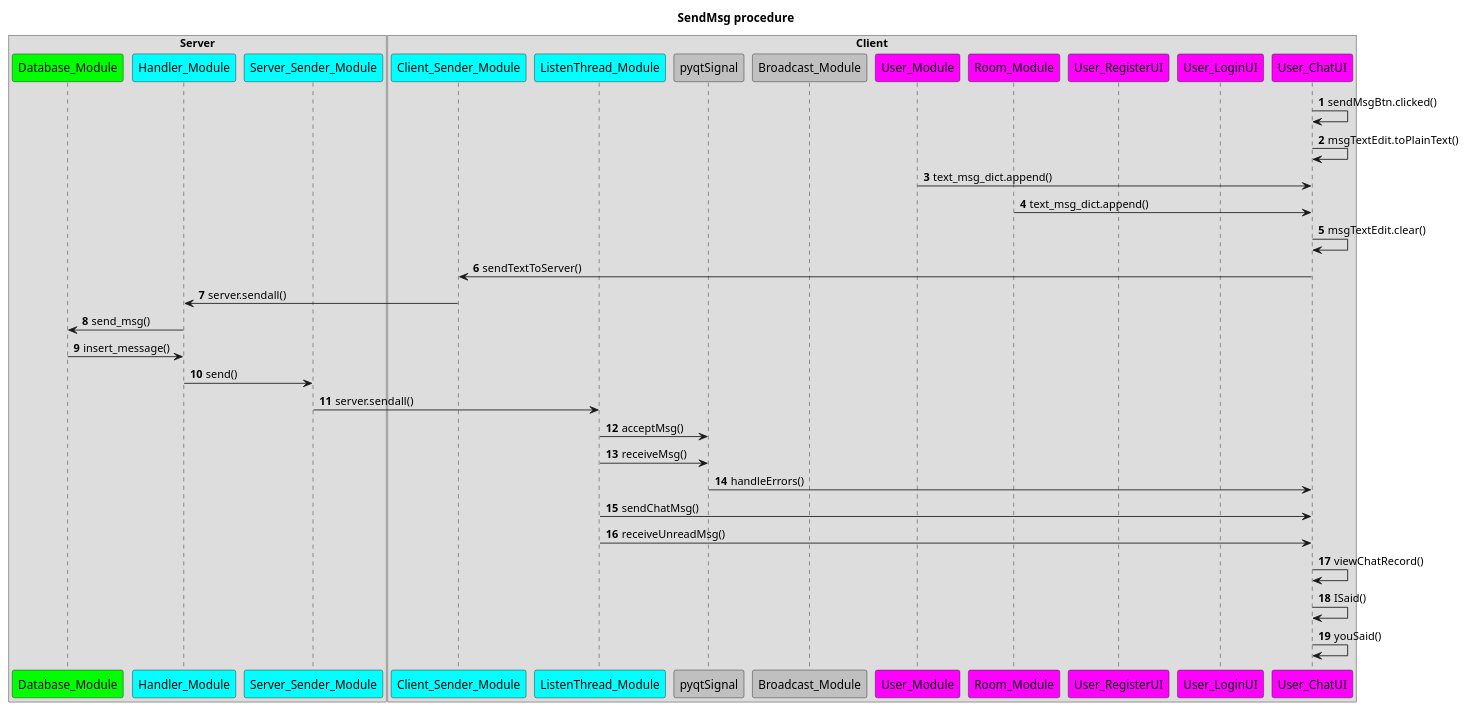
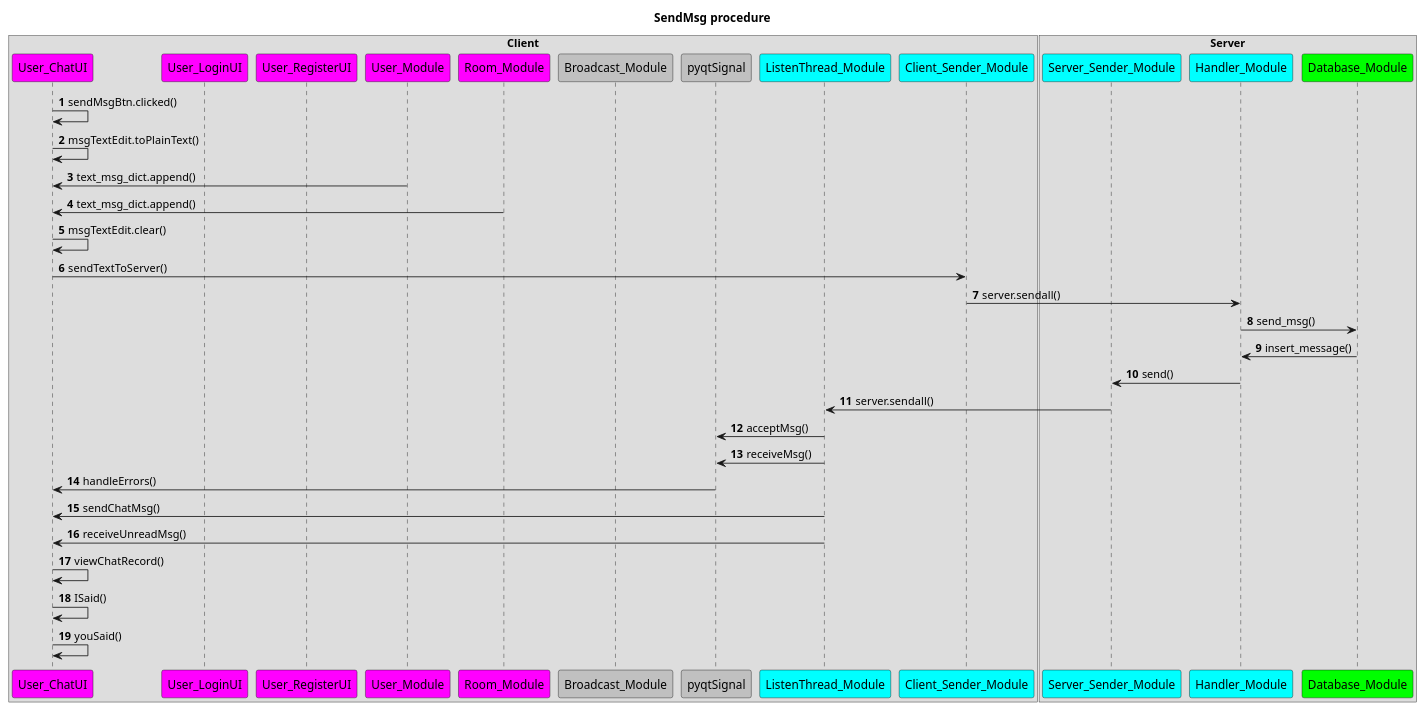
Before and after one commit to Jadeiin/KunKun: the diagram in docs/SendMsg.wsd, drawn with PlantUML. The commit also changed other lines of this file and 10 other files, not shown here.

Commit message:
Refactor participant order in UML diagrams for various workflows

```diff
--- a/docs/SendMsg.wsd
+++ b/docs/SendMsg.wsd
@@ -1,50 +1,50 @@
 @startuml
 title SendMsg procedure
 'author Jadeiin
 'version 1.0.0
 skinparam participant {
 	FontSize 14
 	handwritten true
 }
 
-box "Server"
-participant Database_Module #Lime
-participant Handler_Module #Cyan
-participant Server_Sender_Module #Cyan
-end box
 box "Client"
-participant Client_Sender_Module #Cyan
-participant ListenThread_Module #Cyan
-participant pyqtSignal #Silver
-participant Broadcast_Module #Silver
+participant User_ChatUI #Magenta
+participant User_LoginUI #Magenta
+participant User_RegisterUI #Magenta
 participant User_Module #Magenta
 participant Room_Module #Magenta
-participant User_RegisterUI #Magenta
-participant User_LoginUI #Magenta
-participant User_ChatUI #Magenta
+participant Broadcast_Module #Silver
+participant pyqtSignal #Silver
+participant ListenThread_Module #Cyan
+participant Client_Sender_Module #Cyan
+end box
+box "Server"
+participant Server_Sender_Module #Cyan
+participant Handler_Module #Cyan
+participant Database_Module #Lime
 end box
 
 autonumber
 User_ChatUI -> User_ChatUI : sendMsgBtn.clicked()
 User_ChatUI -> User_ChatUI : msgTextEdit.toPlainText()
 User_Module -> User_ChatUI : text_msg_dict.append()
 Room_Module -> User_ChatUI : text_msg_dict.append()
 User_ChatUI -> User_ChatUI : msgTextEdit.clear()
 User_ChatUI -> Client_Sender_Module : sendTextToServer()
 Client_Sender_Module -> Handler_Module : server.sendall()
 
 Handler_Module -> Database_Module : send_msg()
 Database_Module -> Handler_Module : insert_message()
 Handler_Module -> Server_Sender_Module : send()
 Server_Sender_Module -> ListenThread_Module : server.sendall()
 
 ListenThread_Module -> pyqtSignal : acceptMsg()
 ListenThread_Module -> pyqtSignal : receiveMsg()
 pyqtSignal -> User_ChatUI : handleErrors()
 ListenThread_Module -> User_ChatUI : sendChatMsg()
 ListenThread_Module -> User_ChatUI : receiveUnreadMsg()
 User_ChatUI -> User_ChatUI : viewChatRecord()
 User_ChatUI -> User_ChatUI : ISaid()
 User_ChatUI -> User_ChatUI : youSaid()
 
 @enduml
```
